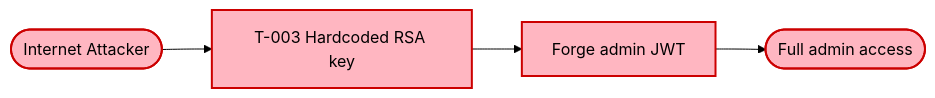
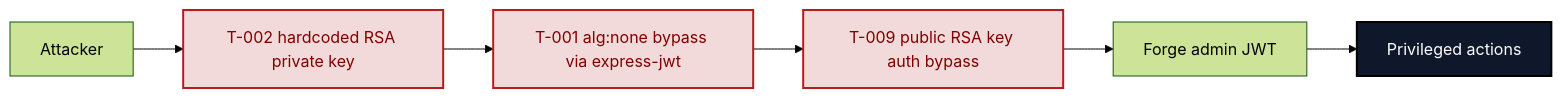
The seventh of 16 diagrams in examples/threat-modeler/threat-model-juice-shop-thorough.md (appsec-foundry/appsec-advisor), drawn with Mermaid (forest theme) before and after one commit. The commit also changed other lines of this file and 10 other files, not shown here.

````diff
--- a/examples/threat-modeler/threat-model-juice-shop-thorough.md
+++ b/examples/threat-modeler/threat-model-juice-shop-thorough.md
@@ -282,6 +592,12 @@
 ```mermaid
 graph LR
-    classDef crit fill:#FFB6C1,stroke:#c00,color:#000,stroke-width:2px
-    B0(["Internet Attacker"]):::crit --> B1["T-003 Hardcoded RSA key"]:::crit
-    B1 --> B2["Forge admin JWT"]:::crit --> B3(["Full admin access"]):::crit
+    A[Attacker] --> B[T-002 hardcoded RSA private key]
+    B --> C[T-001 alg:none bypass via express-jwt]
+    C --> D[T-009 public RSA key auth bypass]
+    D --> E[Forge admin JWT]
+    E --> F[Privileged actions]
+    classDef risk fill:#f3dada,stroke:#b71c1c,color:#7f0000,stroke-width:2px
+    classDef impact fill:#0f172a,stroke:#000,color:#fff,stroke-width:2px
+    class B,C,D risk
+    class F impact
 ```
````
